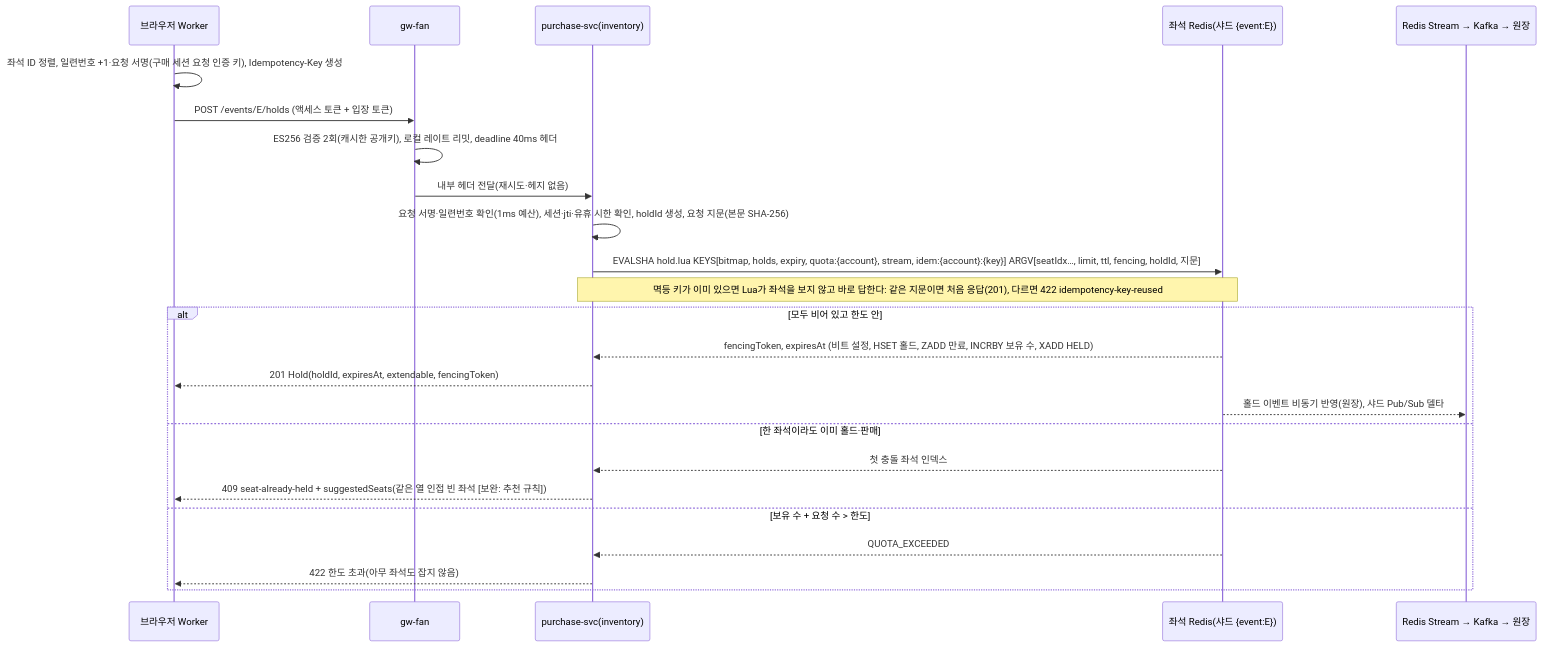
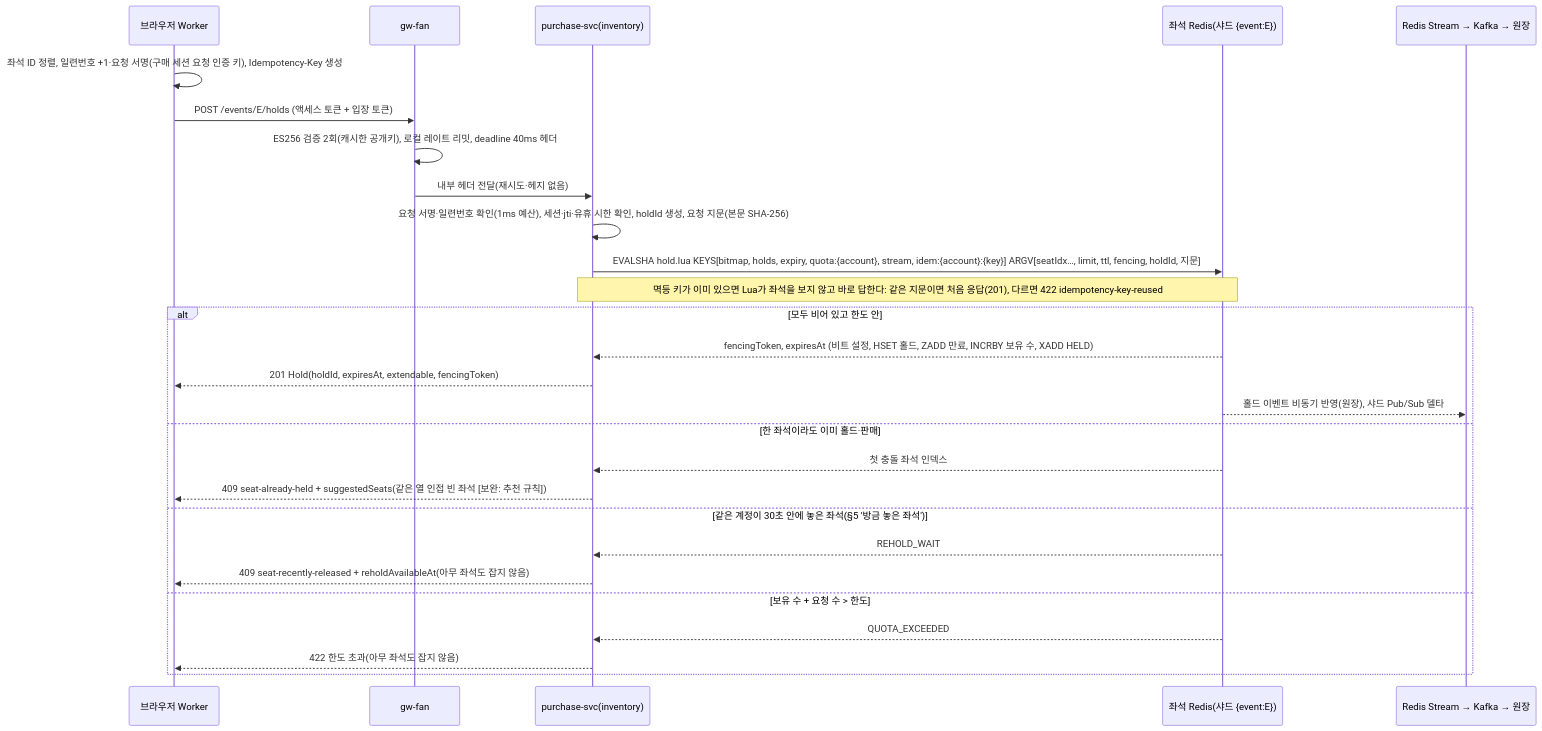
Before and after one commit to peaket/peaket: the first of 2 diagrams in docs/features/seat-hold.md, drawn with Mermaid. The commit also changed other lines of this file and 61 other files, not shown here.

````diff
--- a/docs/features/seat-hold.md
+++ b/docs/features/seat-hold.md
@@ -35,26 +35,29 @@
 ```mermaid
 sequenceDiagram
     participant W as 브라우저 Worker
     participant G as gw-fan
     participant P as purchase-svc(inventory)
     participant R as 좌석 Redis(샤드 {event:E})
     participant S as Redis Stream → Kafka → 원장
     W->>W: 좌석 ID 정렬, 일련번호 +1·요청 서명(구매 세션 요청 인증 키), Idempotency-Key 생성
     W->>G: POST /events/E/holds (액세스 토큰 + 입장 토큰)
     G->>G: ES256 검증 2회(캐시한 공개키), 로컬 레이트 리밋, deadline 40ms 헤더
     G->>P: 내부 헤더 전달(재시도·헤지 없음)
     P->>P: 요청 서명·일련번호 확인(1ms 예산), 세션·jti·유휴 시한 확인, holdId 생성, 요청 지문(본문 SHA-256)
     P->>R: EVALSHA hold.lua KEYS[bitmap, holds, expiry, quota:{account}, stream, idem:{account}:{key}] ARGV[seatIdx…, limit, ttl, fencing, holdId, 지문]
     Note over P,R: 멱등 키가 이미 있으면 Lua가 좌석을 보지 않고 바로 답한다: 같은 지문이면 처음 응답(201), 다르면 422 idempotency-key-reused
     alt 모두 비어 있고 한도 안
         R-->>P: fencingToken, expiresAt (비트 설정, HSET 홀드, ZADD 만료, INCRBY 보유 수, XADD HELD)
         P-->>W: 201 Hold(holdId, expiresAt, extendable, fencingToken)
         R-->>S: 홀드 이벤트 비동기 반영(원장), 샤드 Pub/Sub 델타
     else 한 좌석이라도 이미 홀드·판매
         R-->>P: 첫 충돌 좌석 인덱스
         P-->>W: 409 seat-already-held + suggestedSeats(같은 열 인접 빈 좌석 [보완: 추천 규칙])
+    else 같은 계정이 30초 안에 놓은 좌석(§5 '방금 놓은 좌석')
+        R-->>P: REHOLD_WAIT
+        P-->>W: 409 seat-recently-released + reholdAvailableAt(아무 좌석도 잡지 않음)
     else 보유 수 + 요청 수 > 한도
         R-->>P: QUOTA_EXCEEDED
         P-->>W: 422 한도 초과(아무 좌석도 잡지 않음)
     end
 ```
````
